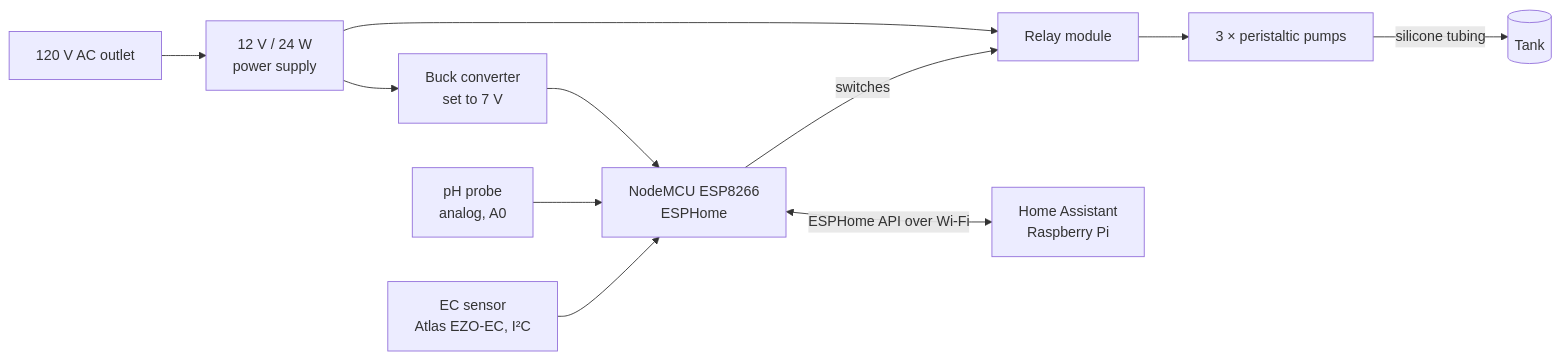
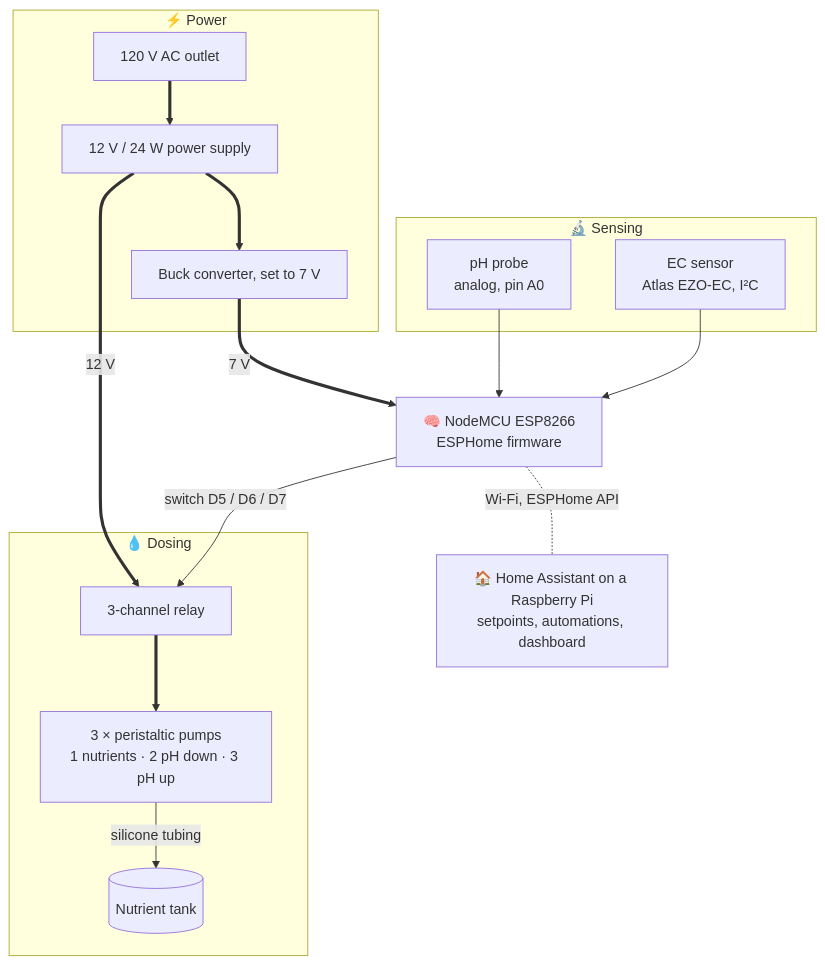
One commit to ernestopoca14/chaac changed the diagram in README.md. Above: the diagram before and after it, drawn with Mermaid. The commit also changed other lines of this file, not shown here.

Commit message:
docs: clearer README diagram (grouped power, sensing, dosing; line styles; pump roles)

````diff
--- a/README.md
+++ b/README.md
@@ -39,13 +39,31 @@
 ```mermaid
-flowchart LR
-    AC[120 V AC outlet] --> PSU[12 V / 24 W<br/>power supply]
-    PSU --> R[Relay module]
-    PSU --> B[Buck converter<br/>set to 7 V]
-    B --> MCU[NodeMCU ESP8266<br/>ESPHome]
-    PH[pH probe<br/>analog, A0] --> MCU
-    EC[EC sensor<br/>Atlas EZO-EC, I²C] --> MCU
-    MCU -- switches --> R
-    R --> P[3 × peristaltic pumps]
-    P -- silicone tubing --> T[(Tank)]
-    MCU <-- ESPHome API over Wi-Fi --> HA[Home Assistant<br/>Raspberry Pi]
+flowchart TB
+    subgraph POWER["⚡ Power"]
+        AC["120 V AC outlet"] ==> PSU["12 V / 24 W power supply"]
+        PSU ==> BUCK["Buck converter, set to 7 V"]
+    end
+
+    subgraph SENSE["🔬 Sensing"]
+        PH["pH probe<br/>analog, pin A0"]
+        EC["EC sensor<br/>Atlas EZO-EC, I²C"]
+    end
+
+    MCU["🧠 NodeMCU ESP8266<br/>ESPHome firmware"]
+
+    subgraph DOSE["💧 Dosing"]
+        RELAY["3-channel relay"]
+        PUMPS["3 × peristaltic pumps<br/>1 nutrients · 2 pH down · 3 pH up"]
+        TANK[("Nutrient tank")]
+    end
+
+    HA["🏠 Home Assistant on a Raspberry Pi<br/>setpoints, automations, dashboard"]
+
+    BUCK == 7 V ==> MCU
+    PSU == 12 V ==> RELAY
+    PH --> MCU
+    EC --> MCU
+    MCU -- "switch D5 / D6 / D7" --> RELAY
+    RELAY ==> PUMPS
+    PUMPS -- silicone tubing --> TANK
+    MCU -. "Wi-Fi, ESPHome API" .- HA
 ```
````
